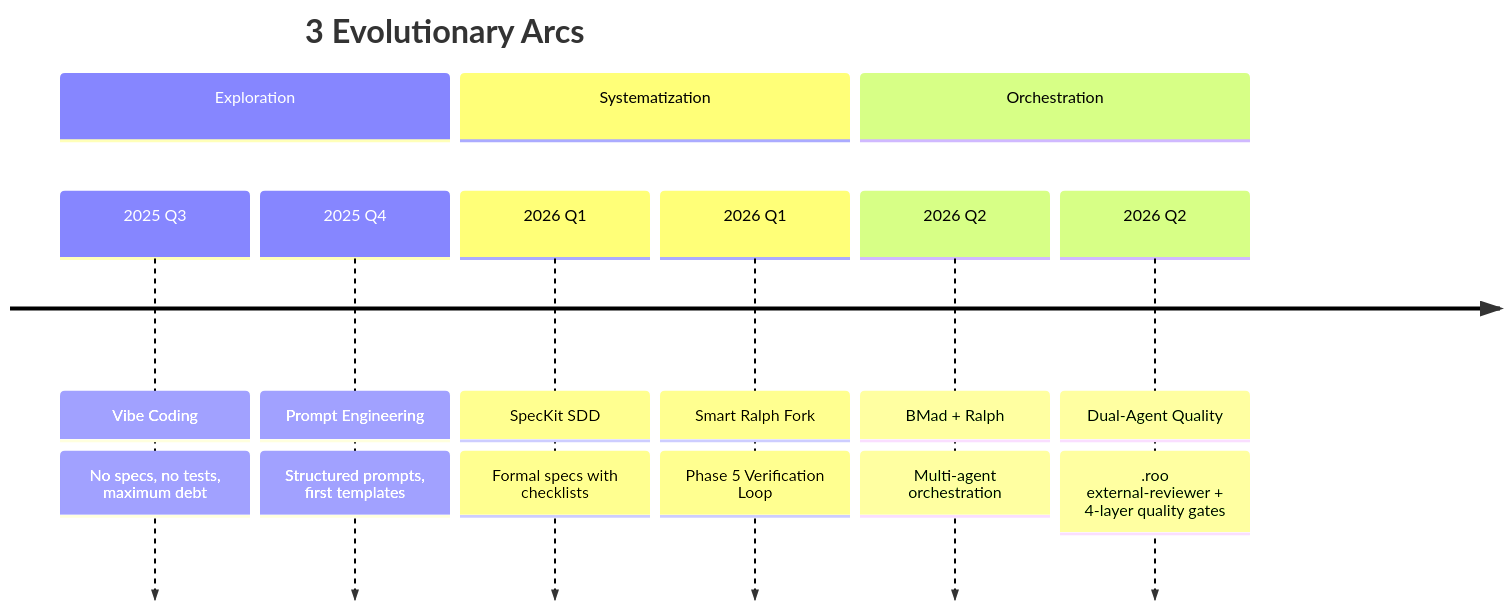
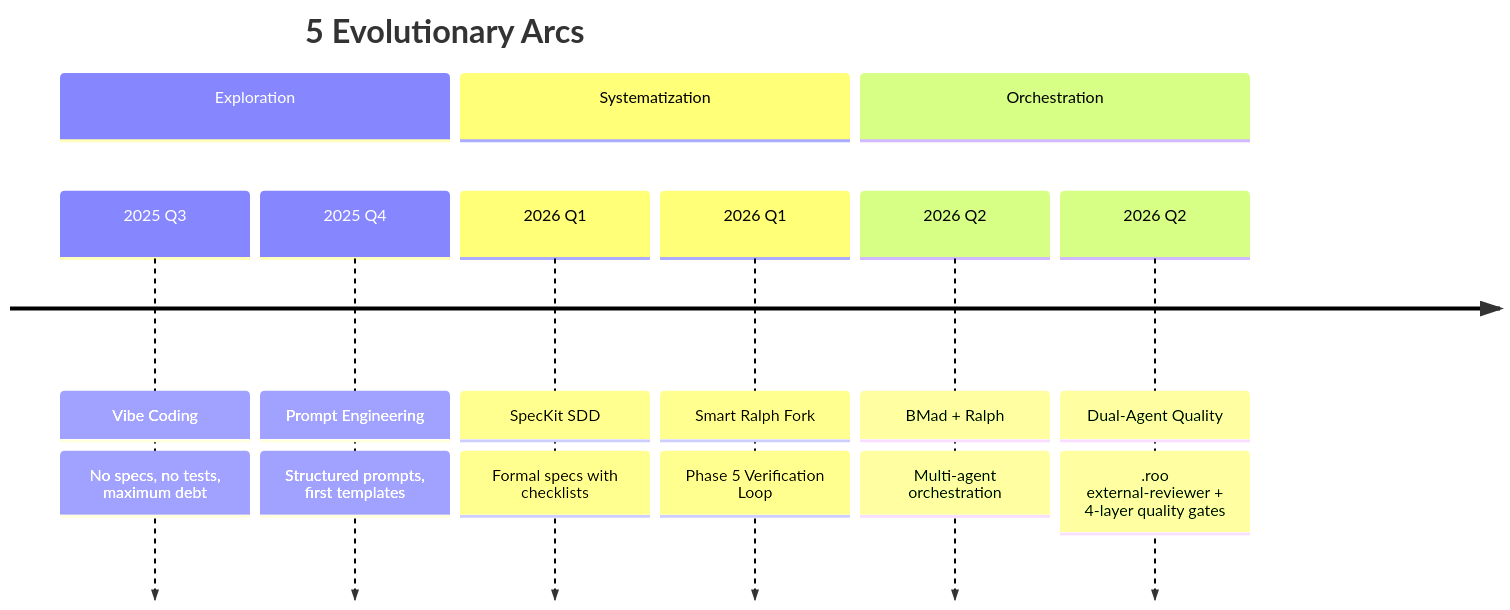
Before and after one commit to informatico-madrid/ha-ev-trip-planner: the first of 2 diagrams in _ai/PORTFOLIO.md, drawn with Mermaid. The commit also changed other lines of this file and 11 other files, not shown here.

````diff
--- a/_ai/PORTFOLIO.md
+++ b/_ai/PORTFOLIO.md
@@ -75,13 +75,13 @@
 ```mermaid
 timeline
-    title 3 Evolutionary Arcs
+    title 5 Evolutionary Arcs
     section Exploration
         2025 Q3 : Vibe Coding : No specs, no tests, maximum debt
         2025 Q4 : Prompt Engineering : Structured prompts, first templates
     section Systematization
         2026 Q1 : SpecKit SDD : Formal specs with checklists
         2026 Q1 : Smart Ralph Fork : Phase 5 Verification Loop
     section Orchestration
         2026 Q2 : BMad + Ralph : Multi-agent orchestration
         2026 Q2 : Dual-Agent Quality : .roo external-reviewer + 4-layer quality gates
 ```
````
